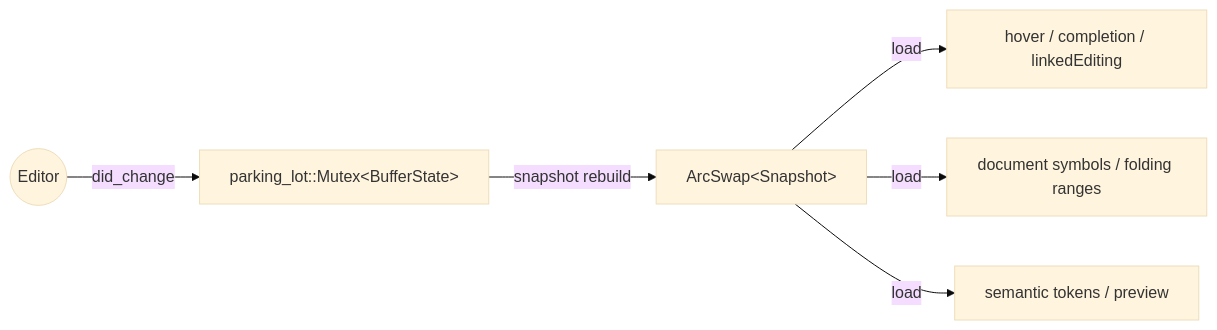
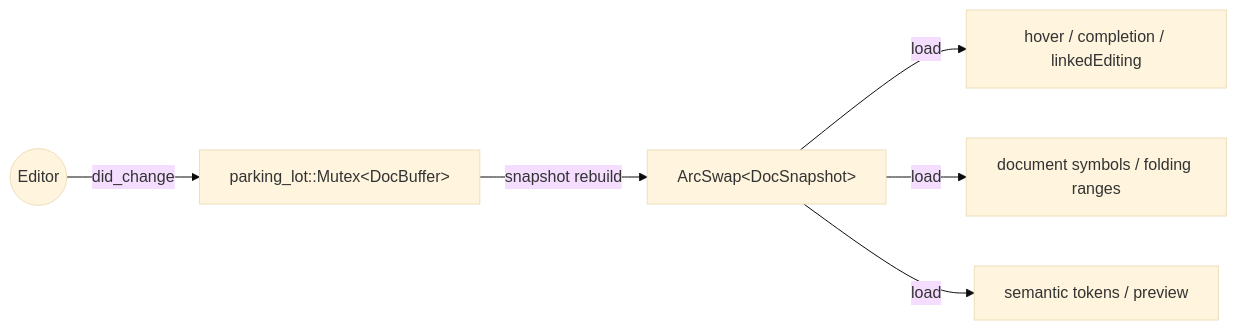
Before and after one commit to P4suta/aozora-tools: the diagram in crates/aozora-tools-book/src/lsp/state-model.md, drawn with Mermaid (base theme). The commit also changed other lines of this file and 55 other files, not shown here.

````diff
--- a/crates/aozora-tools-book/src/lsp/state-model.md
+++ b/crates/aozora-tools-book/src/lsp/state-model.md
@@ -11,10 +11,10 @@
 ```mermaid
 flowchart LR
     Editor((Editor)) -- did_change --> Writer
-    Writer[parking_lot::Mutex&lt;BufferState&gt;]
+    Writer[parking_lot::Mutex&lt;DocBuffer&gt;]
     Writer -- snapshot rebuild --> Reader
-    Reader[ArcSwap&lt;Snapshot&gt;]
+    Reader[ArcSwap&lt;DocSnapshot&gt;]
     Reader -- load --> R1[hover / completion / linkedEditing]
     Reader -- load --> R2[document symbols / folding ranges]
     Reader -- load --> R3[semantic tokens / preview]
 ```
````
